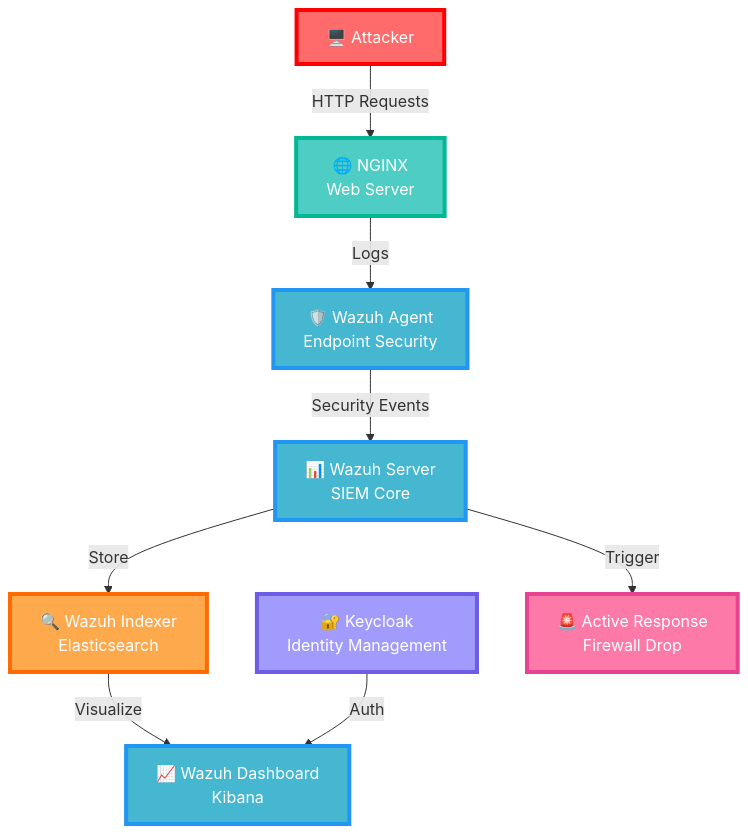
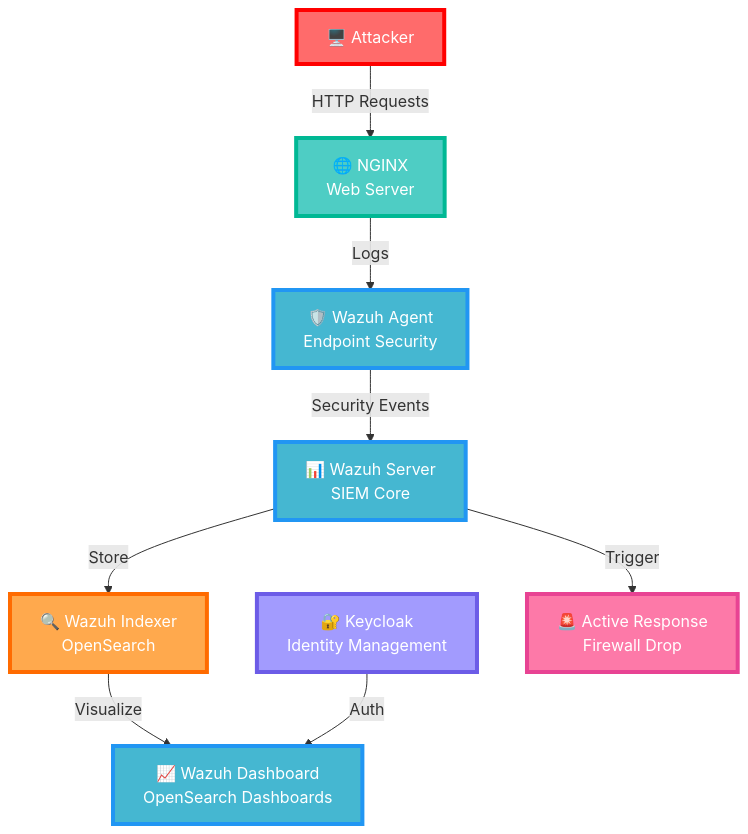
Before and after one commit to AljawharaK/SIEM-Threat-Detection-and-Automated-Response-Lab: the diagram in README.md, drawn with Mermaid. The commit also changed other lines of this file, not shown here.

````diff
--- a/README.md
+++ b/README.md
@@ -39,27 +39,27 @@
 ```mermaid
 graph TB
     %% Color definitions
     classDef attacker fill:#FF6B6B,stroke:#FF0000,stroke-width:4px,color:#FFF
     classDef web fill:#4ECDC4,stroke:#00B894,stroke-width:4px,color:#FFF
     classDef siem fill:#45B7D1,stroke:#2196F3,stroke-width:4px,color:#FFF
     classDef db fill:#FFA94D,stroke:#FF6B00,stroke-width:4px,color:#FFF
     classDef auth fill:#A29BFE,stroke:#6C5CE7,stroke-width:4px,color:#FFF
     classDef response fill:#FD79A8,stroke:#E84393,stroke-width:4px,color:#FFF
 
     A[🖥️ Attacker]:::attacker
     B[🌐 NGINX<br/>Web Server]:::web
     C[🛡️ Wazuh Agent<br/>Endpoint Security]:::siem
     D[📊 Wazuh Server<br/>SIEM Core]:::siem
-    E[🔍 Wazuh Indexer<br/>Elasticsearch]:::db
-    F[📈 Wazuh Dashboard<br/>Kibana]:::siem
+    E[🔍 Wazuh Indexer<br/>OpenSearch]:::db
+    F[📈 Wazuh Dashboard<br/>OpenSearch Dashboards]:::siem
     G[🔐 Keycloak<br/>Identity Management]:::auth
     H[🚨 Active Response<br/>Firewall Drop]:::response
 
     A -->|HTTP Requests| B
     B -->|Logs| C
     C -->|Security Events| D
     D -->|Store| E
     E -->|Visualize| F
     D -->|Trigger| H
     G -->|Auth| F
 ```
````
